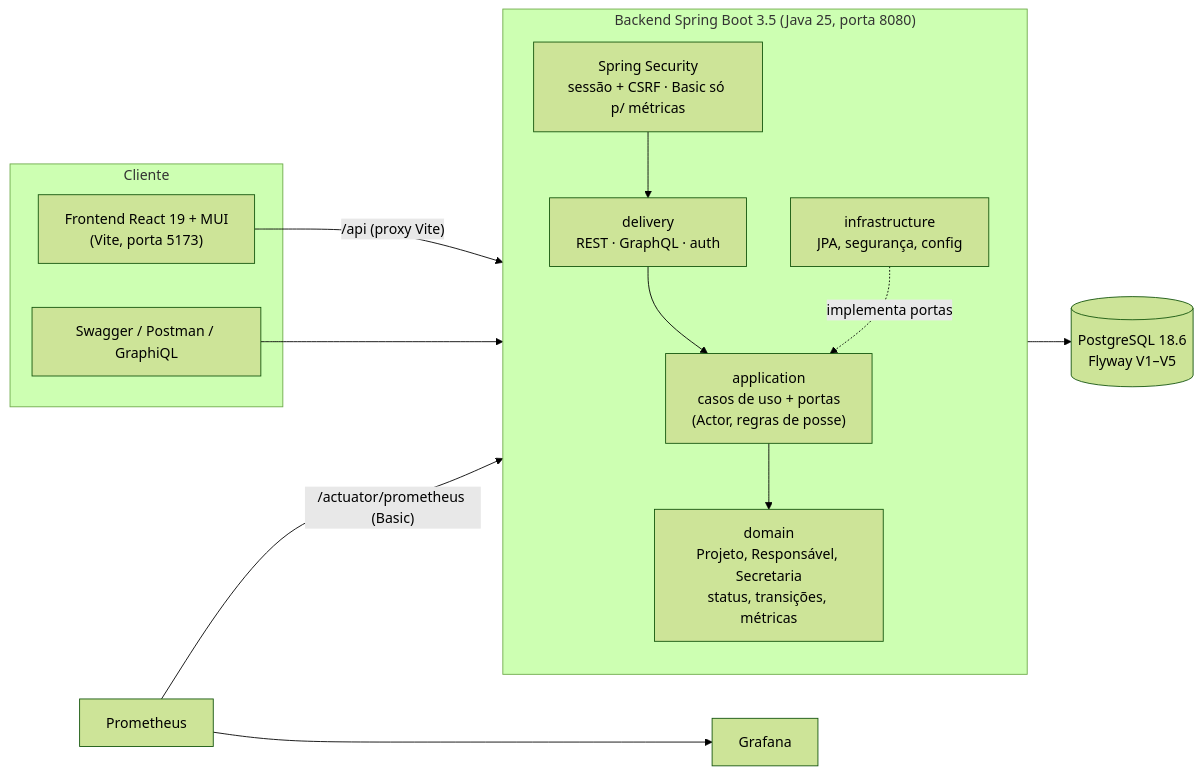
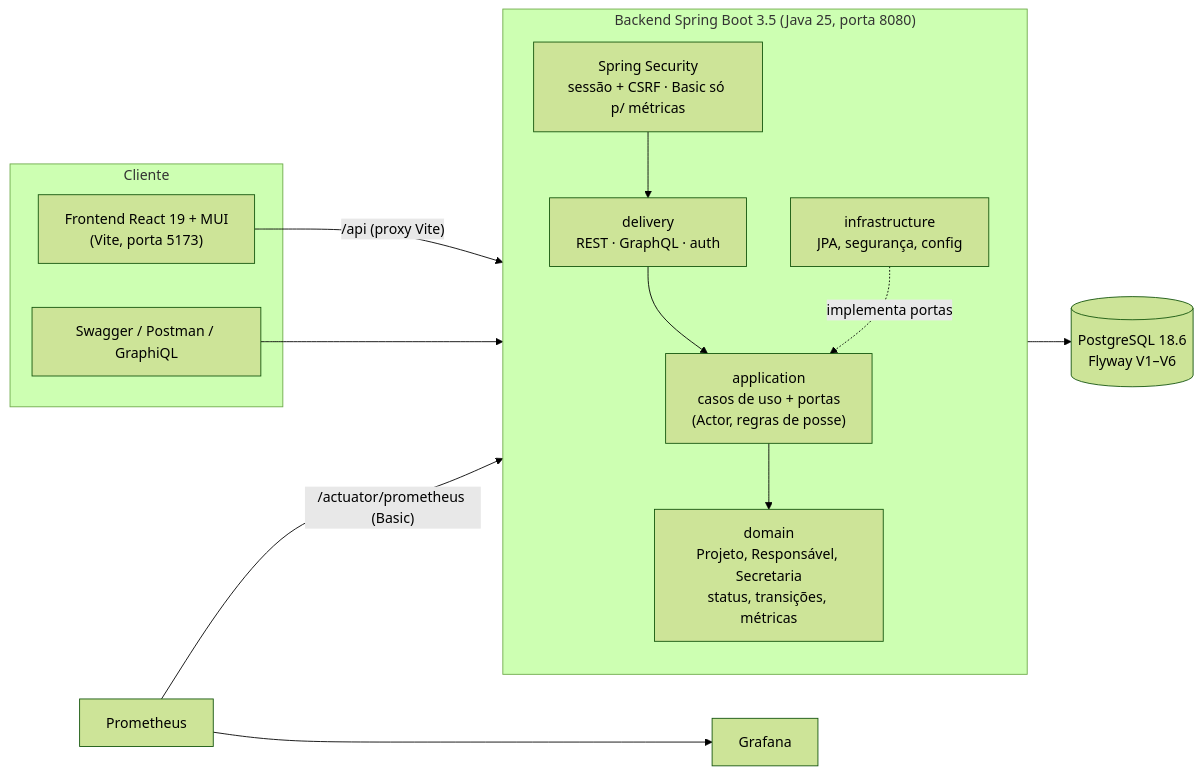
The diagram in README.md (Odijas/-facilit-desafio-kanban), drawn with Mermaid (forest theme) before and after one commit. The commit also changed other lines of this file and 11 other files, not shown here.

````diff
--- a/README.md
+++ b/README.md
@@ -42,23 +42,23 @@
 ```mermaid
 flowchart LR
   subgraph Cliente
     UI["Frontend React 19 + MUI<br/>(Vite, porta 5173)"]
     EXT["Swagger / Postman / GraphiQL"]
   end
   subgraph Backend["Backend Spring Boot 3.5 (Java 25, porta 8080)"]
     direction TB
     SEC["Spring Security<br/>sessão + CSRF · Basic só p/ métricas"]
     DEL["delivery<br/>REST · GraphQL · auth"]
     APP["application<br/>casos de uso + portas<br/>(Actor, regras de posse)"]
     DOM["domain<br/>Projeto, Responsável, Secretaria<br/>status, transições, métricas"]
     INF["infrastructure<br/>JPA, segurança, config"]
     SEC --> DEL --> APP --> DOM
     INF -. implementa portas .-> APP
   end
-  DB[("PostgreSQL 18.6<br/>Flyway V1–V5")]
+  DB[("PostgreSQL 18.6<br/>Flyway V1–V6")]
   PROM["Prometheus"] --> GRAF["Grafana"]
   UI -- "/api (proxy Vite)" --> SEC
   EXT --> SEC
   INF --> DB
   PROM -- "/actuator/prometheus (Basic)" --> SEC
 ```
````
